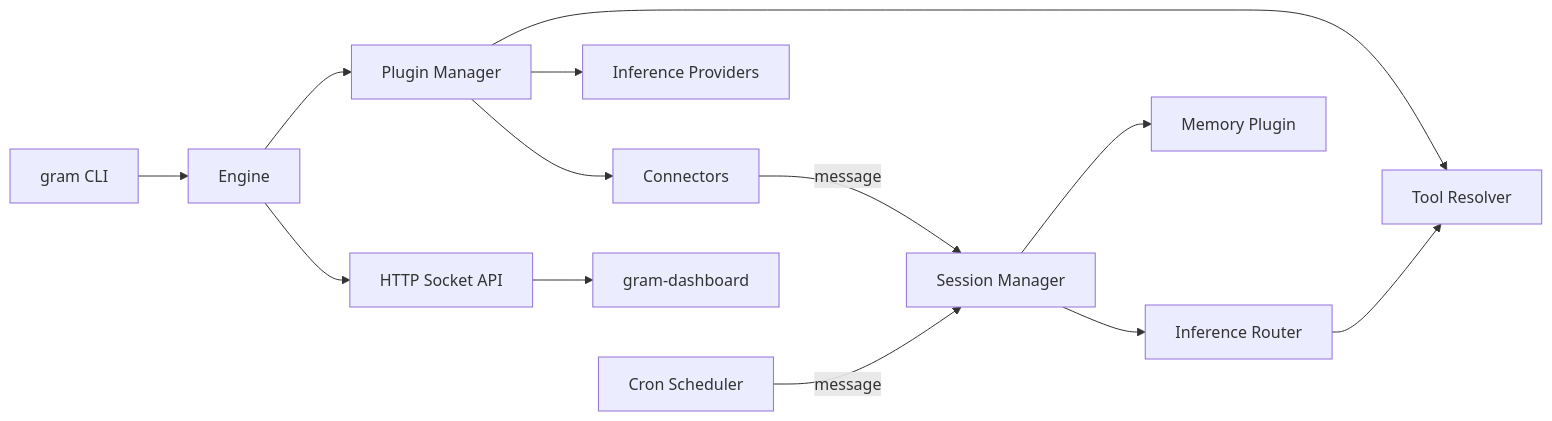
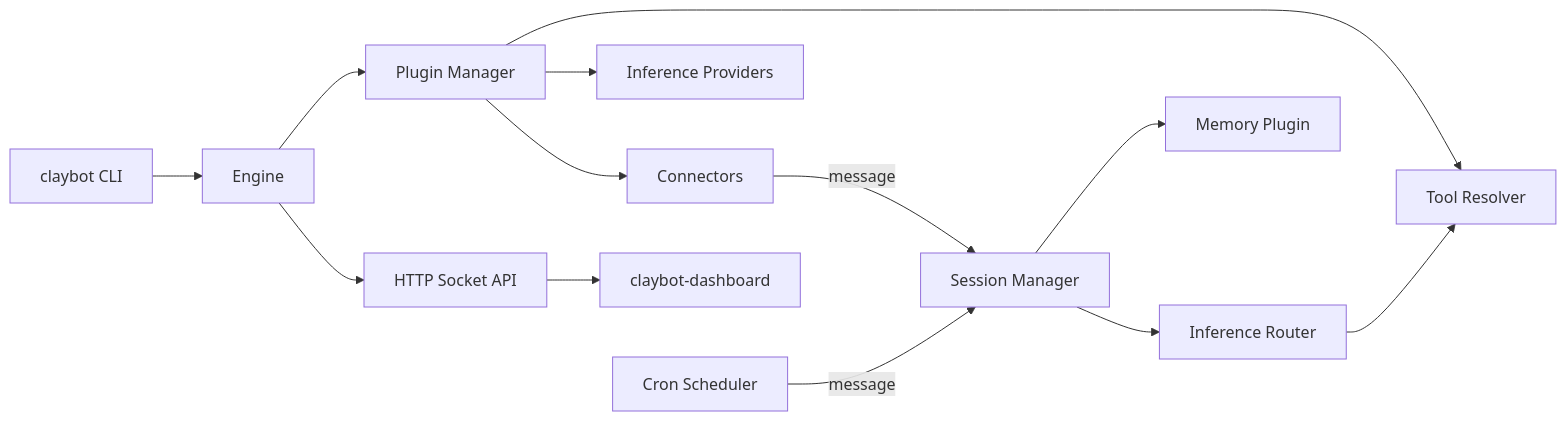
The diagram in README.md (ex3ndr/daycare), drawn with Mermaid before and after one commit. The commit also changed other lines of this file and 204 other files, not shown here.

First line of the commit message:
refactor: rename project from grambot/gram/scout to claybot

````diff
--- a/README.md
+++ b/README.md
@@ -16,15 +16,15 @@
 ```mermaid
 flowchart LR
-  CLI[gram CLI] --> Engine[Engine]
+  CLI[claybot CLI] --> Engine[Engine]
   Engine --> Plugins[Plugin Manager]
   Plugins --> Connectors[Connectors]
   Plugins --> Inference[Inference Providers]
   Plugins --> Tools[Tool Resolver]
   Connectors -->|message| Sessions[Session Manager]
   Cron[Cron Scheduler] -->|message| Sessions
   Sessions --> InferenceRouter[Inference Router]
   InferenceRouter --> Tools
   Sessions --> Memory[Memory Plugin]
   Engine --> Socket[HTTP Socket API]
-  Socket --> Dashboard[gram-dashboard]
+  Socket --> Dashboard[claybot-dashboard]
 ```
````
